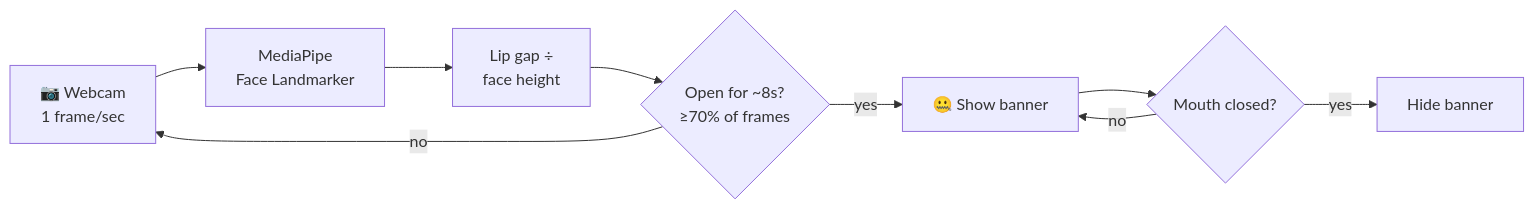
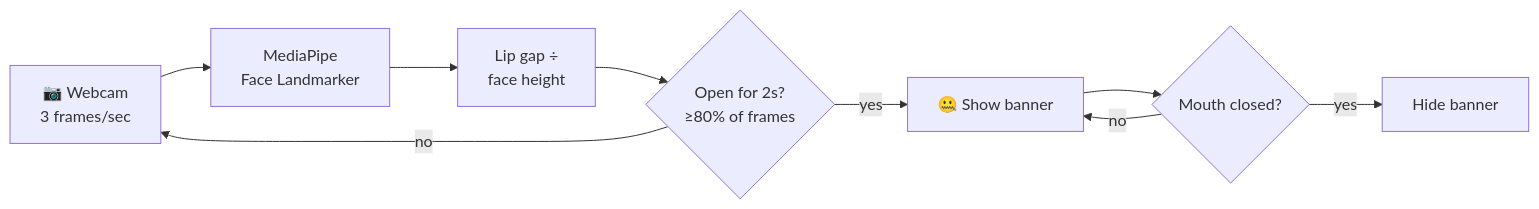
One commit to tomtan2007/breathing changed the diagram in README.md. Above: the diagram before and after it, drawn with Mermaid. The commit also changed other lines of this file and 1 other file, not shown here.

````diff
--- a/README.md
+++ b/README.md
@@ -72,11 +72,11 @@
 ```mermaid
 flowchart LR
-    A[📷 Webcam<br/>1 frame/sec] --> B[MediaPipe<br/>Face Landmarker]
+    A[📷 Webcam<br/>3 frames/sec] --> B[MediaPipe<br/>Face Landmarker]
     B --> C[Lip gap ÷<br/>face height]
-    C --> D{Open for ~8s?<br/>≥70% of frames}
+    C --> D{Open for 2s?<br/>≥80% of frames}
     D -- yes --> E[🤐 Show banner]
     D -- no --> A
     E --> F{Mouth closed?}
     F -- yes --> G[Hide banner]
     F -- no --> E
 ```
````
